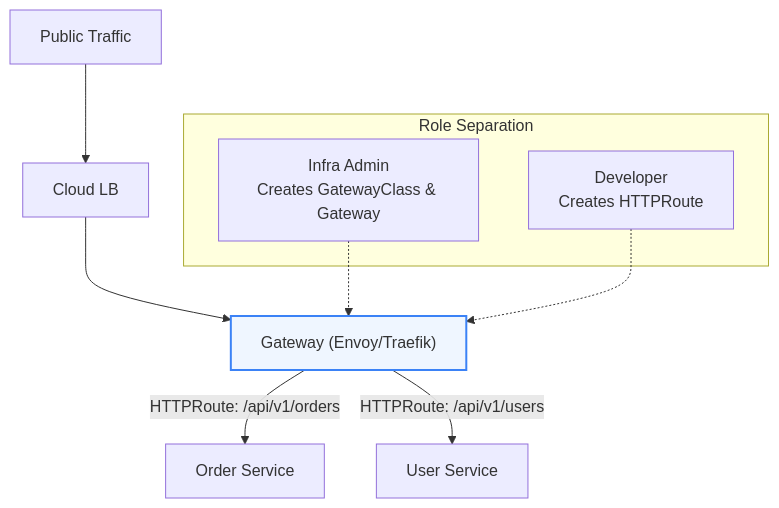
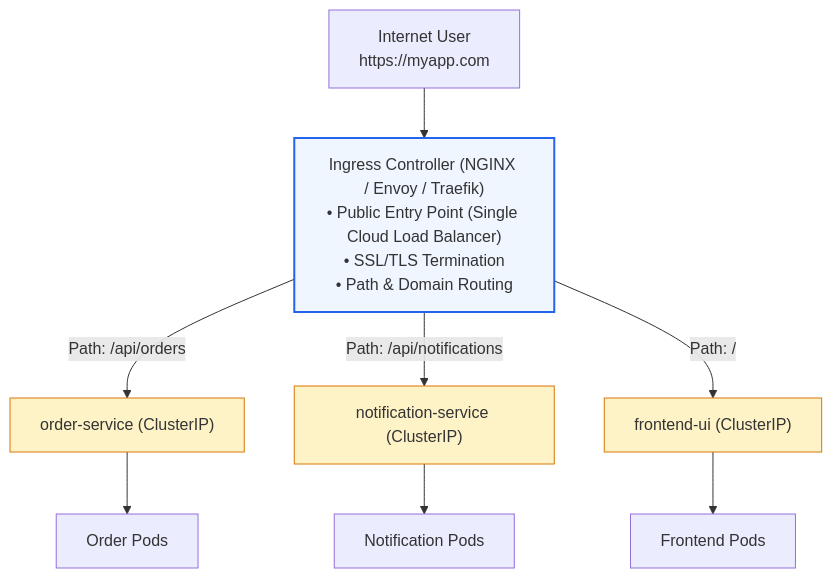
One commit to PandeyKishan/Study-Notes changed the fourth of 4 diagrams in 02-Kubernetes/03-Networking-Services-and-Ingress.md. Above: the diagram before and after it, drawn with Mermaid. The commit also changed other lines of this file and 20 other files, not shown here.

````diff
--- a/02-Kubernetes/03-Networking-Services-and-Ingress.md
+++ b/02-Kubernetes/03-Networking-Services-and-Ingress.md
@@ -104,18 +114,17 @@
 ```mermaid
 flowchart TD
-    Internet["Public Traffic"] --> LB["Cloud LB"]
-    LB --> Gateway["Gateway (Envoy/Traefik)"]
-    
-    Gateway -->|HTTPRoute: /api/v1/orders| Svc1["Order Service"]
-    Gateway -->|HTTPRoute: /api/v1/users| Svc2["User Service"]
-    
-    subgraph "Role Separation"
-        Admin["Infra Admin\nCreates GatewayClass & Gateway"]
-        Dev["Developer\nCreates HTTPRoute"]
-    end
+    User["Internet User\nhttps://myapp.com"] --> Ingress["Ingress Controller (NGINX / Envoy / Traefik)\n• Public Entry Point (Single Cloud Load Balancer)\n• SSL/TLS Termination\n• Path & Domain Routing"]
 
-    Admin -.-> Gateway
-    Dev -.-> Gateway
+    Ingress -->|Path: /api/orders| Svc1["order-service (ClusterIP)"]
+    Ingress -->|Path: /api/notifications| Svc2["notification-service (ClusterIP)"]
+    Ingress -->|Path: /| Svc3["frontend-ui (ClusterIP)"]
 
-    style Gateway fill:#eff6ff,stroke:#3b82f6,stroke-width:2px
+    Svc1 --> PodOrders["Order Pods"]
+    Svc2 --> PodNotif["Notification Pods"]
+    Svc3 --> PodUI["Frontend Pods"]
+
+    style Ingress fill:#eff6ff,stroke:#2563eb,stroke-width:2px
+    style Svc1 fill:#fef3c7,stroke:#d97706,stroke-width:1px
+    style Svc2 fill:#fef3c7,stroke:#d97706,stroke-width:1px
+    style Svc3 fill:#fef3c7,stroke:#d97706,stroke-width:1px
 ```
````
